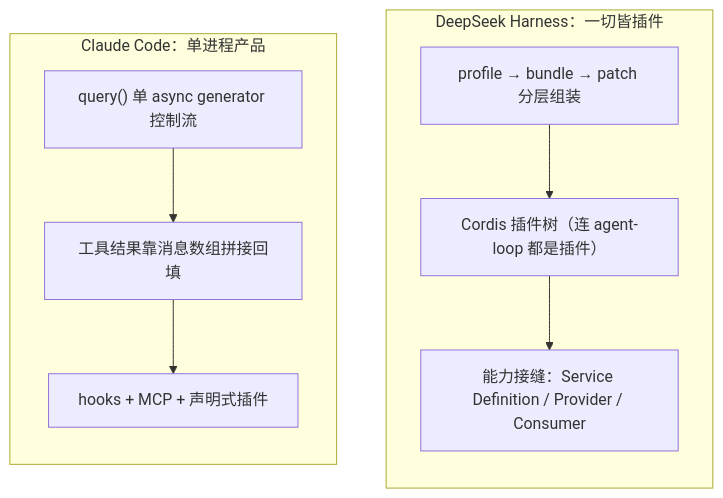
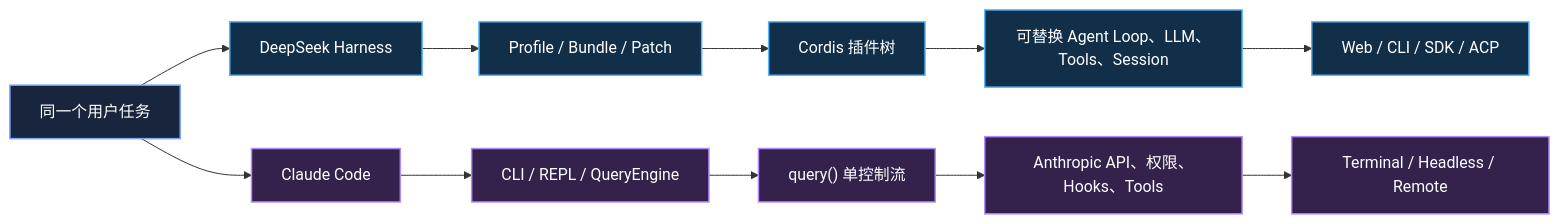
One commit to YiXun-13468878779/harness-learning changed the first of 4 diagrams in README.md. Above: the diagram before and after it, drawn with Mermaid. The commit also changed other lines of this file, not shown here.

````diff
--- a/README.md
+++ b/README.md
@@ -15,17 +51,22 @@
 ```mermaid
-flowchart TB
-    subgraph DSH["DeepSeek Harness：一切皆插件"]
-        direction TB
-        D1["profile → bundle → patch 分层组装"]
-        D2["Cordis 插件树（连 agent-loop 都是插件）"]
-        D3["能力接缝：Service Definition / Provider / Consumer"]
-        D1 --> D2 --> D3
-    end
-    subgraph CC["Claude Code：单进程产品"]
-        direction TB
-        C1["query() 单 async generator 控制流"]
-        C2["工具结果靠消息数组拼接回填"]
-        C3["hooks + MCP + 声明式插件"]
-        C1 --> C2 --> C3
-    end
+flowchart LR
+    TASK["同一个用户任务"] --> DSH["DeepSeek Harness"]
+    TASK --> CC["Claude Code"]
+
+    DSH --> D1["Profile / Bundle / Patch"]
+    D1 --> D2["Cordis 插件树"]
+    D2 --> D3["可替换 Agent Loop、LLM、Tools、Session"]
+    D3 --> D4["Web / CLI / SDK / ACP"]
+
+    CC --> C1["CLI / REPL / QueryEngine"]
+    C1 --> C2["query() 单控制流"]
+    C2 --> C3["Anthropic API、权限、Hooks、Tools"]
+    C3 --> C4["Terminal / Headless / Remote"]
+
+    classDef common fill:#18253d,stroke:#7aa2ff,color:#ffffff,stroke-width:1.5px;
+    classDef dsh fill:#122f4a,stroke:#52b7ff,color:#ffffff,stroke-width:1.5px;
+    classDef claude fill:#34224d,stroke:#b08cff,color:#ffffff,stroke-width:1.5px;
+    class TASK common;
+    class DSH,D1,D2,D3,D4 dsh;
+    class CC,C1,C2,C3,C4 claude;
 ```
````
